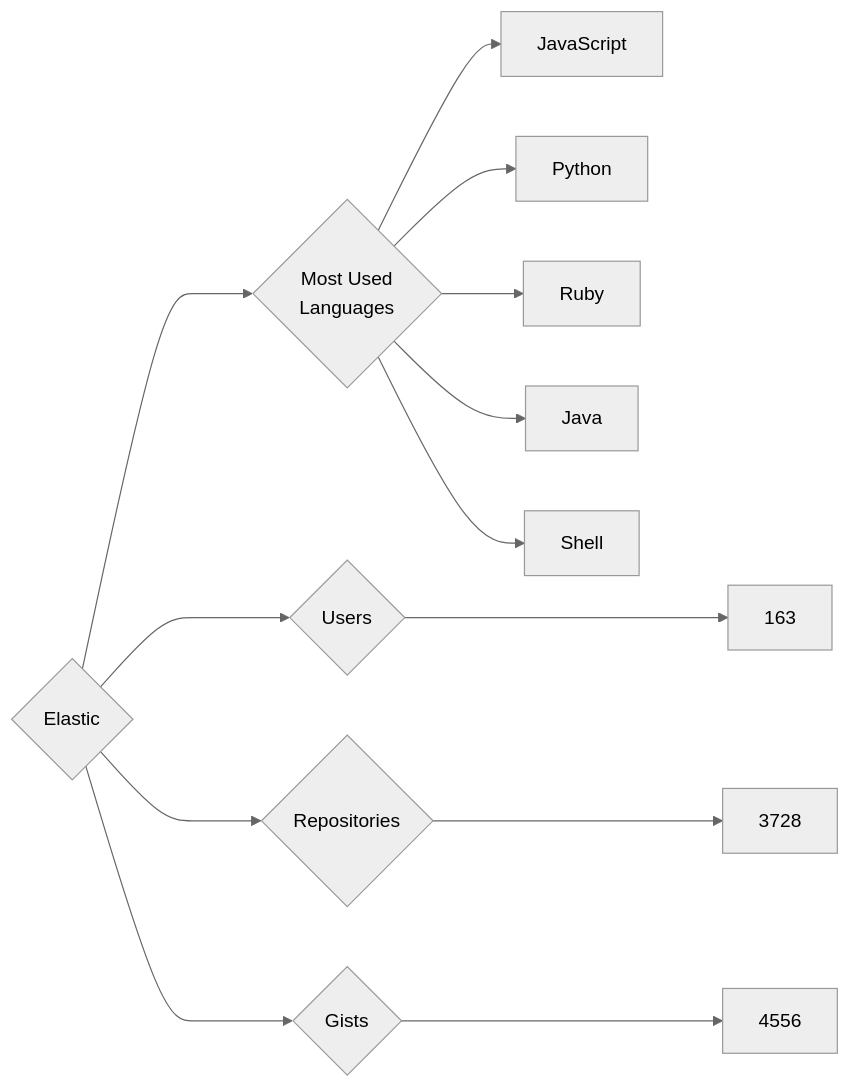
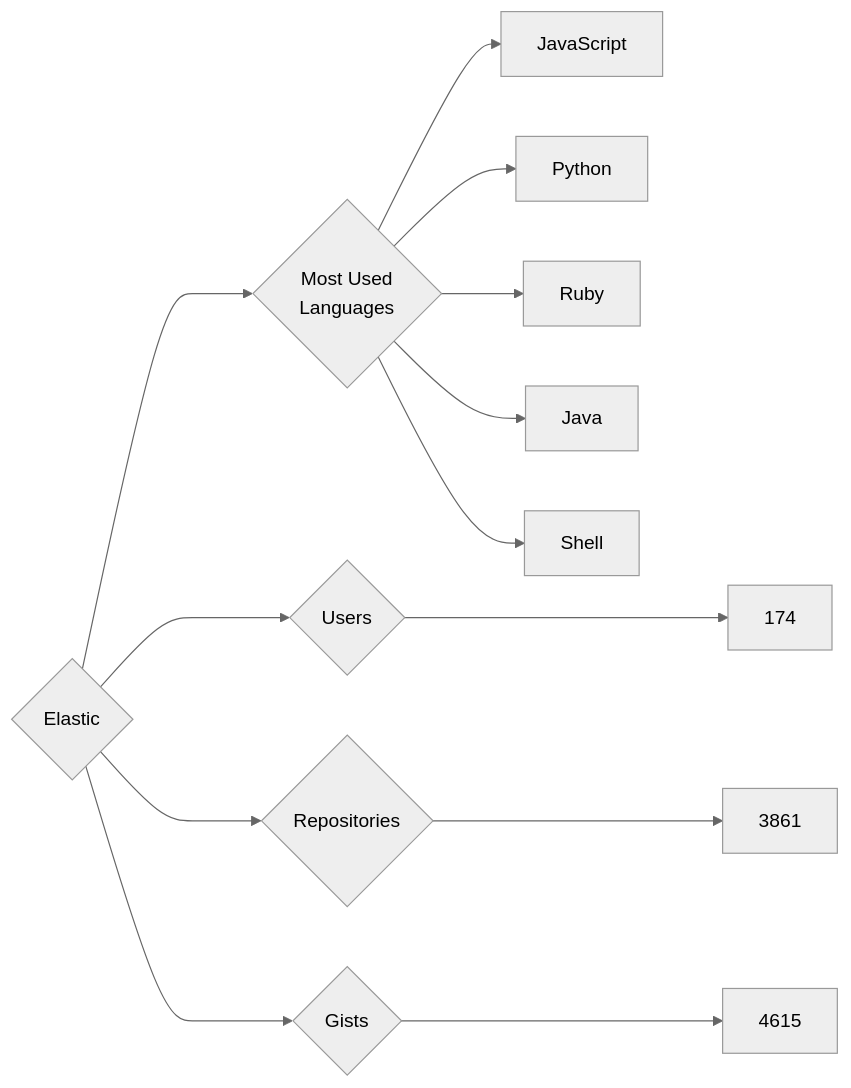
Before and after one commit to trickest/insiders: the diagram in targets/Elastic/README.md, drawn with Mermaid (neutral theme). The commit also changed 924 other files, not shown here.

````diff
--- a/targets/Elastic/README.md
+++ b/targets/Elastic/README.md
@@ -3,13 +3,13 @@
 ```mermaid
 graph LR
 COMPANY_NAME{Elastic}
-COMPANY_NAME ---> U{Users} ---> UN[163]
-COMPANY_NAME ---> R{Repositories} ---> RN[3728]
-COMPANY_NAME ---> G{Gists} ---> GN[4556]
+COMPANY_NAME ---> U{Users} ---> UN[174]
+COMPANY_NAME ---> R{Repositories} ---> RN[3861]
+COMPANY_NAME ---> G{Gists} ---> GN[4615]
 COMPANY_NAME ---> ML{Most Used<br>Languages}
 ML --> JavaScript[JavaScript]
 ML --> Python[Python]
 ML --> Ruby[Ruby]
 ML --> Java[Java]
 ML --> Shell[Shell]
 ```
````
